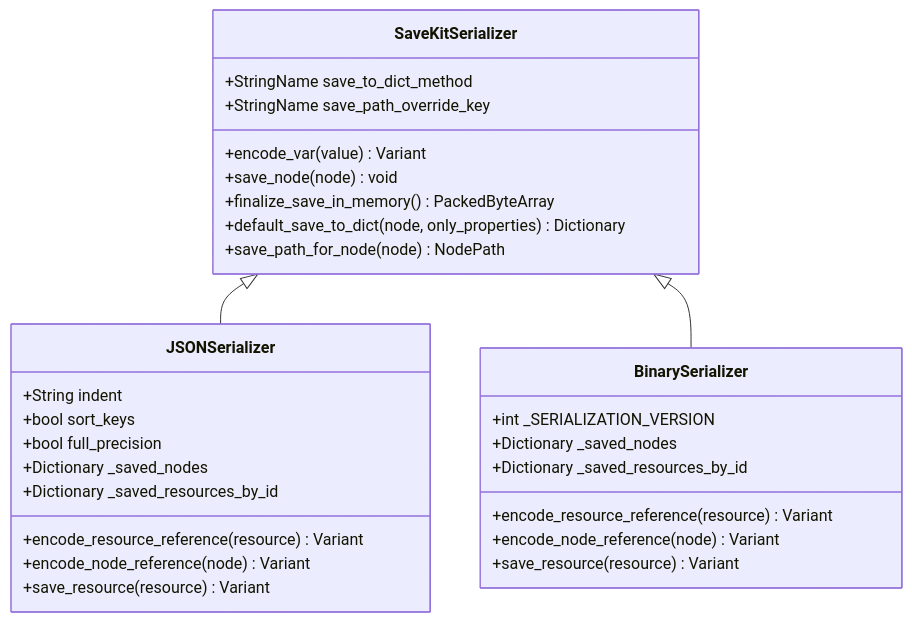
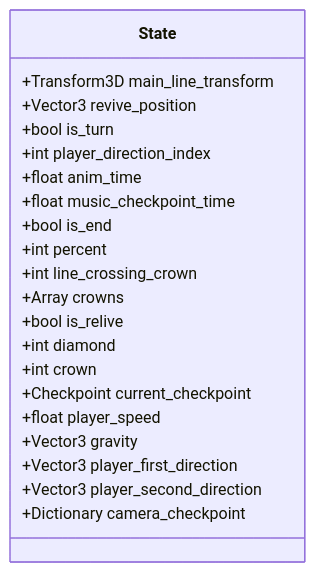
Before and after one commit to godotline/godot-line: the second of 11 diagrams in .qoder/repowiki/zh/content/API参考/核心类API/状态管理系统.md, drawn with Mermaid. The commit also changed other lines of this file and 34 other files, not shown here.

````diff
--- a/.qoder/repowiki/zh/content/API参考/核心类API/状态管理系统.md
+++ b/.qoder/repowiki/zh/content/API参考/核心类API/状态管理系统.md
@@ -101,32 +88,24 @@
 ```mermaid
 classDiagram
-class SaveKitSerializer {
-+StringName save_to_dict_method
-+StringName save_path_override_key
-+encode_var(value) Variant
-+save_node(node) void
-+finalize_save_in_memory() PackedByteArray
-+default_save_to_dict(node, only_properties) Dictionary
-+save_path_for_node(node) NodePath
+class State {
++Transform3D main_line_transform
++Vector3 revive_position
++bool is_turn
++int player_direction_index
++float anim_time
++float music_checkpoint_time
++bool is_end
++int percent
++int line_crossing_crown
++Array crowns
++bool is_relive
++int diamond
++int crown
++Checkpoint current_checkpoint
++float player_speed
++Vector3 gravity
++Vector3 player_first_direction
++Vector3 player_second_direction
++Dictionary camera_checkpoint
 }
-class JSONSerializer {
-+String indent
-+bool sort_keys
-+bool full_precision
-+Dictionary _saved_nodes
-+Dictionary _saved_resources_by_id
-+encode_resource_reference(resource) Variant
-+encode_node_reference(node) Variant
-+save_resource(resource) Variant
-}
-class BinarySerializer {
-+int _SERIALIZATION_VERSION
-+Dictionary _saved_nodes
-+Dictionary _saved_resources_by_id
-+encode_resource_reference(resource) Variant
-+encode_node_reference(node) Variant
-+save_resource(resource) Variant
-}
-SaveKitSerializer <|-- JSONSerializer
-SaveKitSerializer <|-- BinarySerializer
 ```
````
